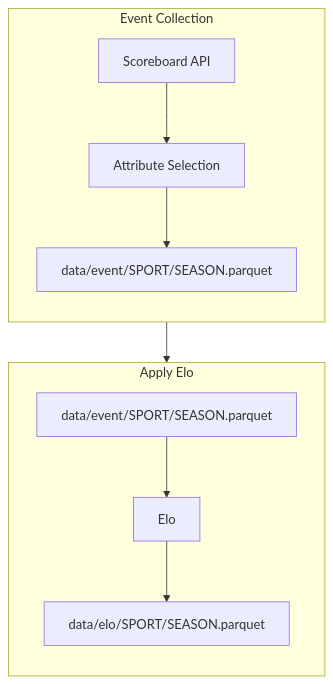
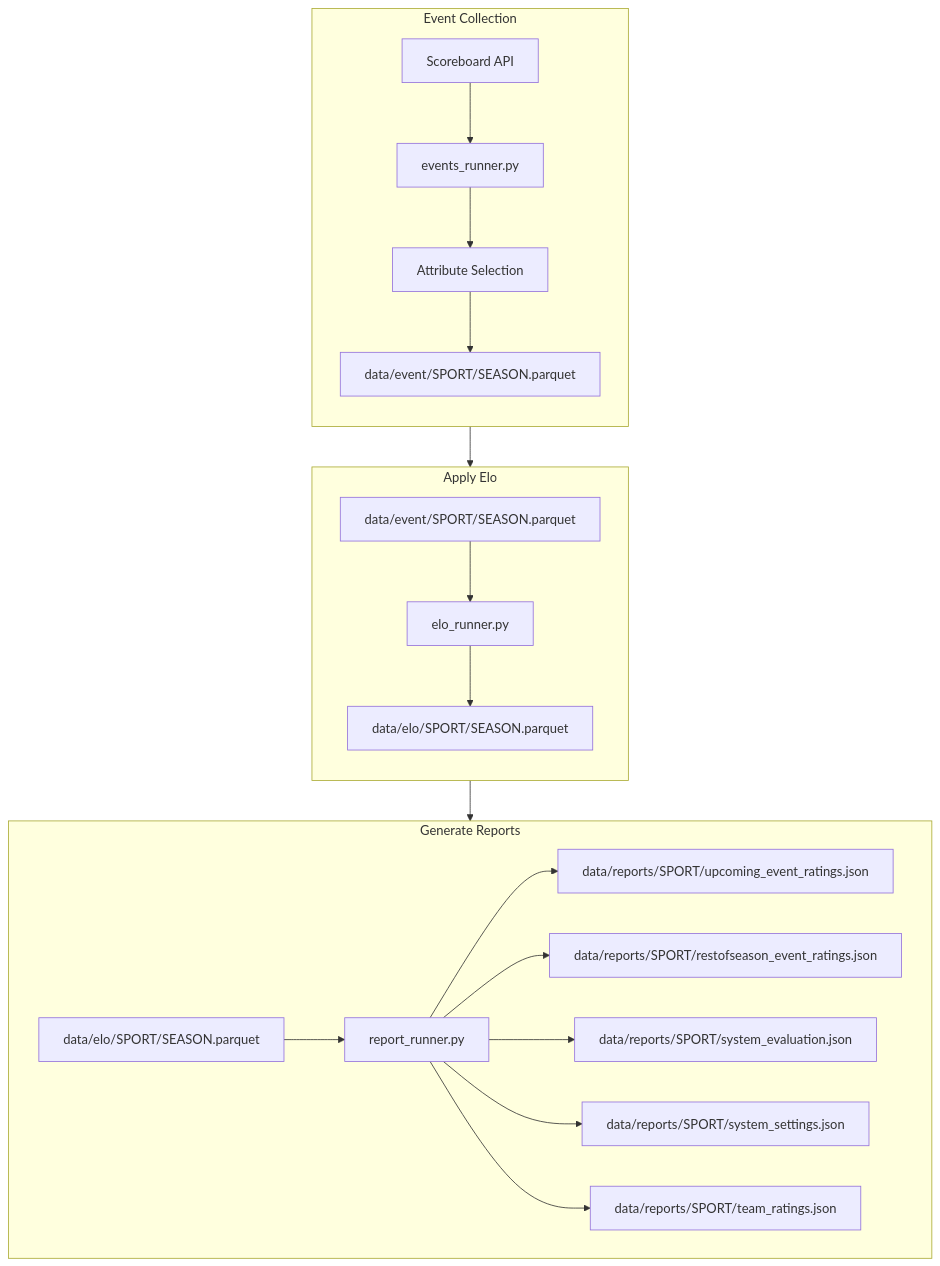
Before and after one commit to theedgepredictor/elo-rating: the diagram in README.md, drawn with Mermaid. The commit also changed other lines of this file and 52 other files, not shown here.

````diff
--- a/README.md
+++ b/README.md
@@ -14,14 +25,25 @@
 ```mermaid
 flowchart TB
     subgraph A[Event Collection];
         direction TB;
-        A3[Scoreboard API]-->A4[Attribute Selection];
+        A2[Scoreboard API]-->A3[events_runner.py]
+        A3[events_runner.py]-->A4[Attribute Selection];
         A4[Attribute Selection]-->A5[data/event/SPORT/SEASON.parquet];
     end;
     subgraph B[Apply Elo];
         direction TB;
-        B3[data/event/SPORT/SEASON.parquet]-->B4[Elo];
-        B4[Elo]-->B5[data/elo/SPORT/SEASON.parquet];
+        B3[data/event/SPORT/SEASON.parquet]-->B4[elo_runner.py];
+        B4[elo_runner.py]-->B5[data/elo/SPORT/SEASON.parquet];
+    end;
+        subgraph C[Generate Reports];
+        direction LR;
+        C3[data/elo/SPORT/SEASON.parquet]-->C5[report_runner.py];
+        C5[report_runner.py]-->C6[data/reports/SPORT/upcoming_event_ratings.json];
+        C5[report_runner.py]-->C7[data/reports/SPORT/restofseason_event_ratings.json];
+        C5[report_runner.py]-->C8[data/reports/SPORT/system_evaluation.json];
+        C5[report_runner.py]-->C9[data/reports/SPORT/system_settings.json];
+        C5[report_runner.py]-->C10[data/reports/SPORT/team_ratings.json];
     end;
 A-->B;
+B-->C;
 ```
````
